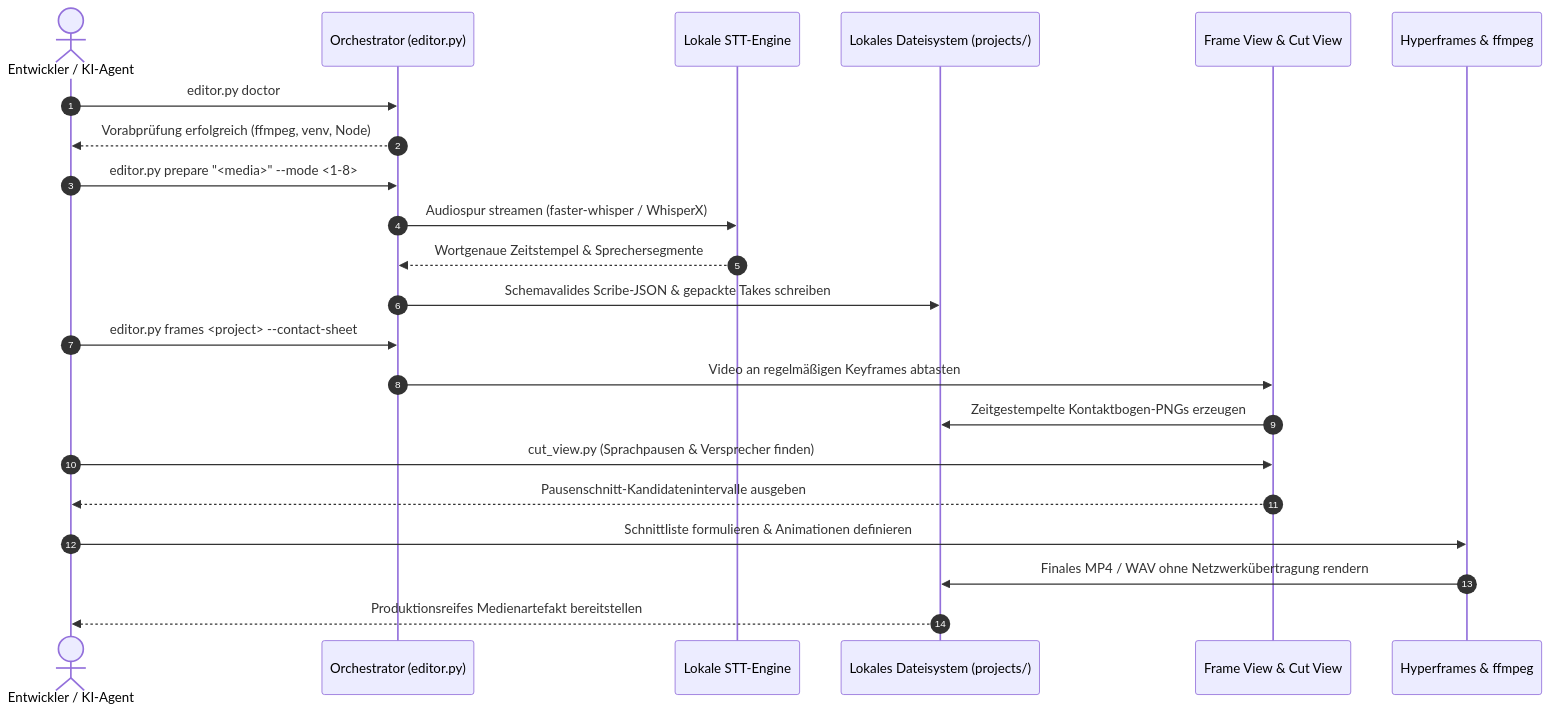
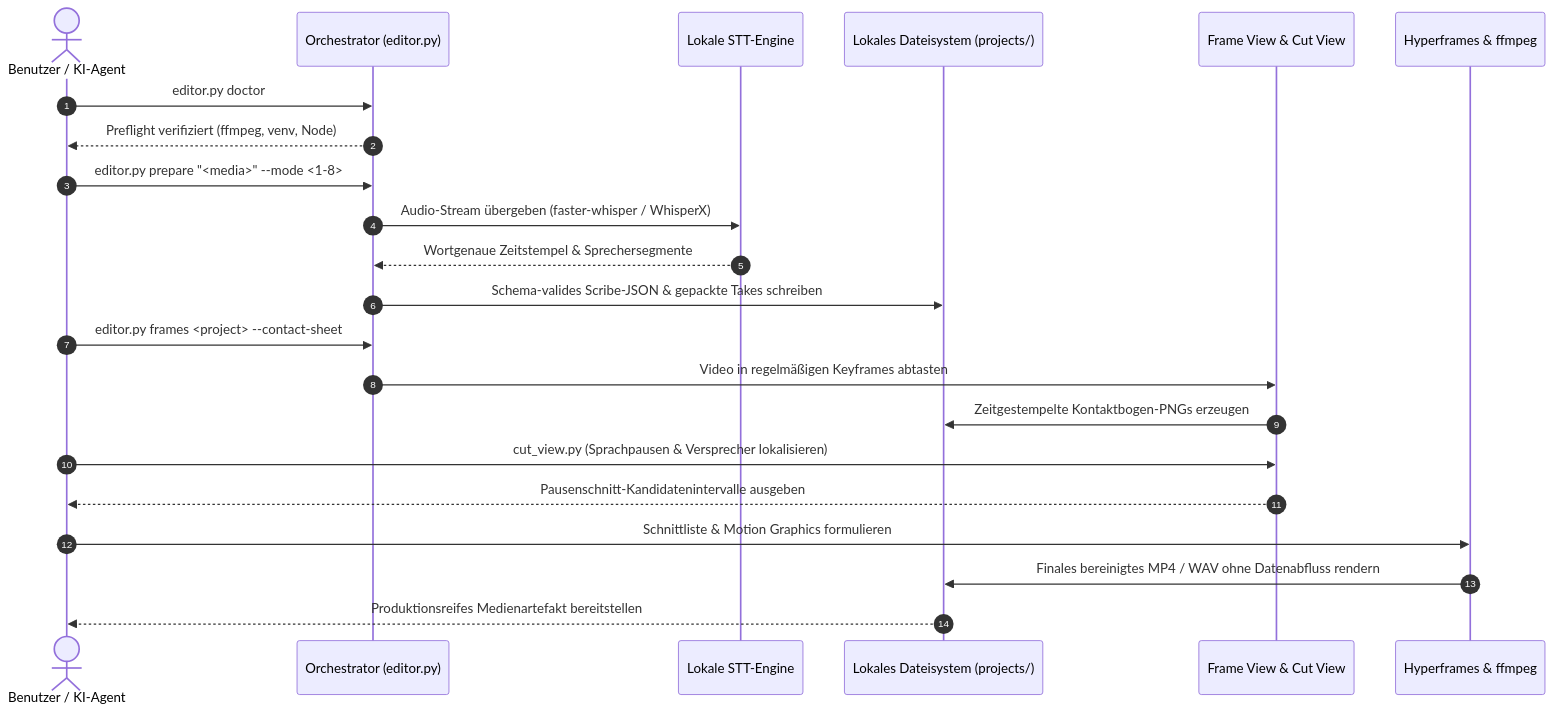
The second of 2 diagrams in README_de.md (ellmos-ai/ai-media-editor), drawn with Mermaid before and after one commit. The commit also changed other lines of this file and 9 other files, not shown here.

Commit message:
docs: Pfad B discoverability & visual architecture overhaul (v0.2.3)

````diff
--- a/README_de.md
+++ b/README_de.md
@@ -139,25 +114,25 @@
 ```mermaid
 sequenceDiagram
     autonumber
-    actor Dev as Entwickler / KI-Agent
+    actor Dev as Benutzer / KI-Agent
     participant Orch as Orchestrator (editor.py)
     participant STT as Lokale STT-Engine
     participant FS as Lokales Dateisystem (projects/)
     participant Visual as Frame View & Cut View
     participant Render as Hyperframes & ffmpeg
 
     Dev->>Orch: editor.py doctor
-    Orch-->>Dev: Vorabprüfung erfolgreich (ffmpeg, venv, Node)
+    Orch-->>Dev: Preflight verifiziert (ffmpeg, venv, Node)
     Dev->>Orch: editor.py prepare "<media>" --mode <1-8>
-    Orch->>STT: Audiospur streamen (faster-whisper / WhisperX)
+    Orch->>STT: Audio-Stream übergeben (faster-whisper / WhisperX)
     STT-->>Orch: Wortgenaue Zeitstempel & Sprechersegmente
-    Orch->>FS: Schemavalides Scribe-JSON & gepackte Takes schreiben
+    Orch->>FS: Schema-valides Scribe-JSON & gepackte Takes schreiben
     Dev->>Orch: editor.py frames <project> --contact-sheet
-    Orch->>Visual: Video an regelmäßigen Keyframes abtasten
+    Orch->>Visual: Video in regelmäßigen Keyframes abtasten
     Visual->>FS: Zeitgestempelte Kontaktbogen-PNGs erzeugen
-    Dev->>Visual: cut_view.py (Sprachpausen & Versprecher finden)
+    Dev->>Visual: cut_view.py (Sprachpausen & Versprecher lokalisieren)
     Visual-->>Dev: Pausenschnitt-Kandidatenintervalle ausgeben
-    Dev->>Render: Schnittliste formulieren & Animationen definieren
-    Render->>FS: Finales MP4 / WAV ohne Netzwerkübertragung rendern
+    Dev->>Render: Schnittliste & Motion Graphics formulieren
+    Render->>FS: Finales bereinigtes MP4 / WAV ohne Datenabfluss rendern
     FS-->>Dev: Produktionsreifes Medienartefakt bereitstellen
 ```
````
